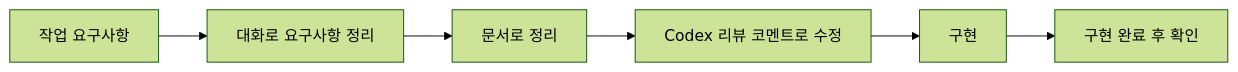
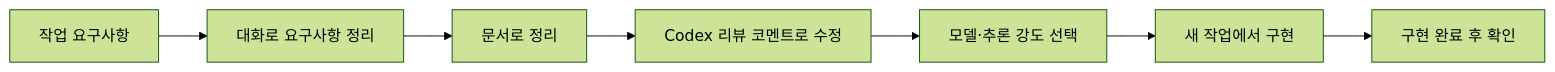
Before and after one commit to j-token/j-token-codex-workflow-kit: the diagram in README.ko.md, drawn with Mermaid (forest theme). The commit also changed other lines of this file and 10 other files, not shown here.

````diff
--- a/README.ko.md
+++ b/README.ko.md
@@ -22,8 +22,9 @@
 ```mermaid
 flowchart LR
     A["작업 요구사항"] --> B["대화로 요구사항 정리"]
     B --> C["문서로 정리"]
     C --> D["Codex 리뷰 코멘트로 수정"]
-    D --> E["구현"]
-    E --> F["구현 완료 후 확인"]
+    D --> E["모델·추론 강도 선택"]
+    E --> F["새 작업에서 구현"]
+    F --> G["구현 완료 후 확인"]
 ```
````
